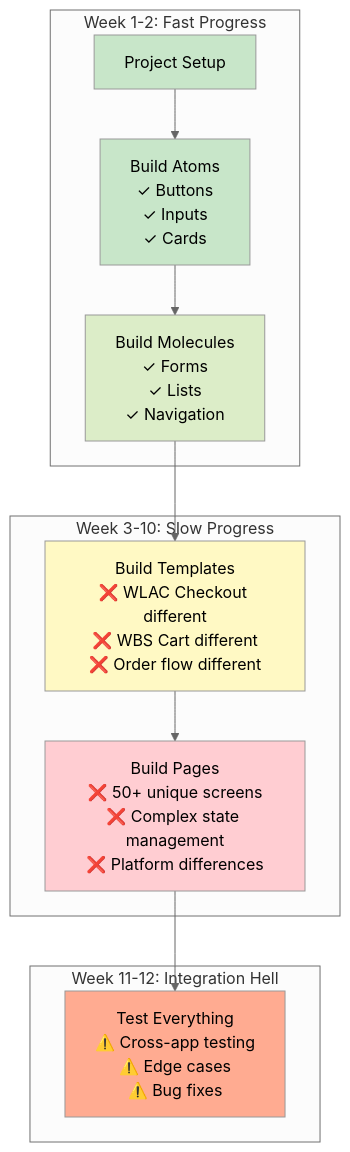
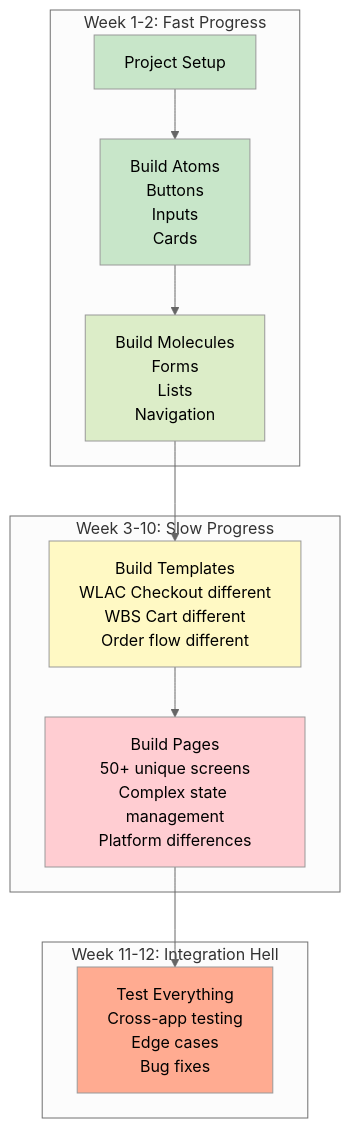
Before and after one commit to Villvay/front-end_reusability_docs: the eighth of 10 diagrams in README.md, drawn with Mermaid (neutral theme). The commit also changed other lines of this file, not shown here.

````diff
--- a/README.md
+++ b/README.md
@@ -237,24 +227,24 @@
 ```mermaid
 graph TD
     subgraph "Week 1-2: Fast Progress"
         Setup[Project Setup]
-        Setup --> Atoms[Build Atoms<br/>✓ Buttons<br/>✓ Inputs<br/>✓ Cards]
-        Atoms --> Molecules[Build Molecules<br/>✓ Forms<br/>✓ Lists<br/>✓ Navigation]
+        Setup --> Atoms["Build Atoms<br/>Buttons<br/>Inputs<br/>Cards"]
+        Atoms --> Molecules["Build Molecules<br/>Forms<br/>Lists<br/>Navigation"]
     end
     
     subgraph "Week 3-10: Slow Progress"
-        Molecules --> Templates[Build Templates<br/>❌ WLAC Checkout different<br/>❌ WBS Cart different<br/>❌ Order flow different]
-        Templates --> Pages[Build Pages<br/>❌ 50+ unique screens<br/>❌ Complex state management<br/>❌ Platform differences]
+        Molecules --> Templates["Build Templates<br/>WLAC Checkout different<br/>WBS Cart different<br/>Order flow different"]
+        Templates --> Pages["Build Pages<br/>50+ unique screens<br/>Complex state management<br/>Platform differences"]
     end
     
     subgraph "Week 11-12: Integration Hell"
-        Pages --> Testing[Test Everything<br/>⚠️ Cross-app testing<br/>⚠️ Edge cases<br/>⚠️ Bug fixes]
+        Pages --> Testing["Test Everything<br/>Cross-app testing<br/>Edge cases<br/>Bug fixes"]
     end
     
     style Setup fill:#C8E6C9
     style Atoms fill:#C8E6C9
     style Molecules fill:#DCEDC8
     style Templates fill:#FFF9C4
     style Pages fill:#FFCDD2
     style Testing fill:#FFAB91
 ```
````
